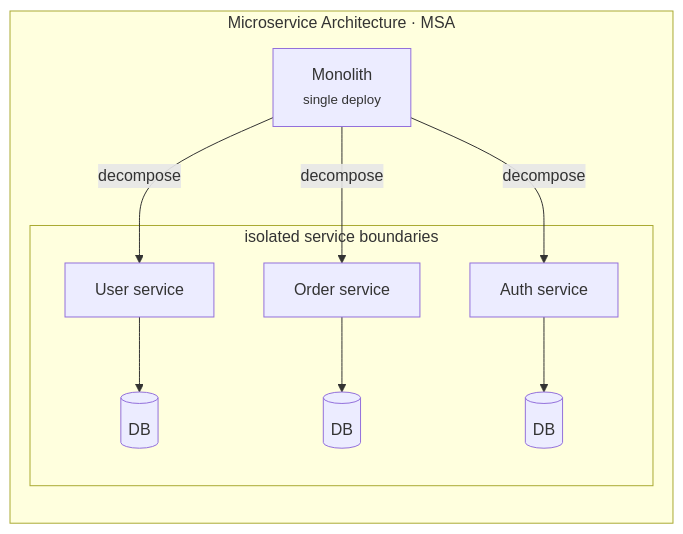
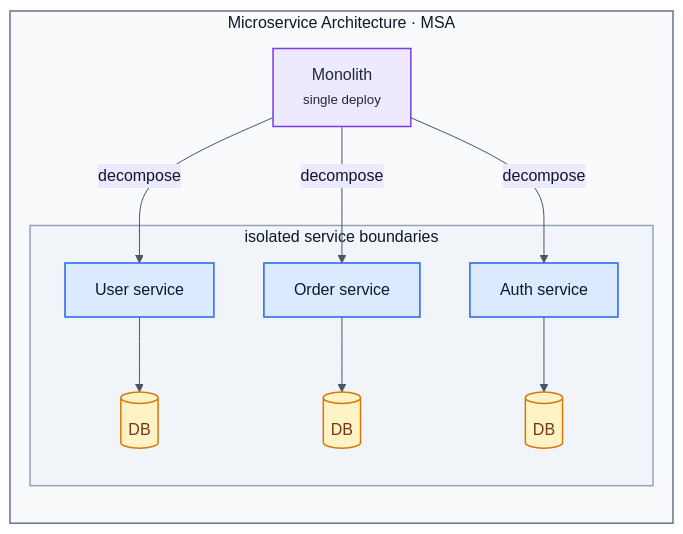
The first of 12 diagrams in README.md (matteblack9/coding-agent-fabric), drawn with Mermaid before and after one commit. The commit also changed other lines of this file, not shown here.

Commit message:
docs: colorize README mermaid diagrams

````diff
--- a/README.md
+++ b/README.md
@@ -42,16 +42,26 @@
 ```mermaid
+%%{init: {"theme":"base","themeVariables":{"primaryColor":"#E6F1FB","primaryTextColor":"#0F172A","primaryBorderColor":"#185FA5","secondaryColor":"#EDE9FE","secondaryTextColor":"#1F2937","secondaryBorderColor":"#7C3AED","tertiaryColor":"#ECFDF5","tertiaryTextColor":"#14532D","tertiaryBorderColor":"#16A34A","lineColor":"#475569","clusterBkg":"#F8FAFC","clusterBorder":"#94A3B8","noteBkgColor":"#FEF3C7","noteTextColor":"#78350F","noteBorderColor":"#D97706","activationBkgColor":"#DBEAFE","activationBorderColor":"#2563EB","sequenceNumberColor":"#0F172A"}}}%%
 graph LR
     subgraph MSA["Microservice Architecture · MSA"]
         MONO["Monolith<br/><small>single deploy</small>"]
 
         MONO -->|"decompose"| US
         MONO -->|"decompose"| OS
         MONO -->|"decompose"| AS
 
         subgraph SB["isolated service boundaries"]
             US["User service"] --> US_DB[("DB")]
             OS["Order service"] --> OS_DB[("DB")]
             AS["Auth service"] --> AS_DB[("DB")]
         end
     end
+
+    classDef mono fill:#EDE9FE,stroke:#7C3AED,color:#1F2937,stroke-width:1.5px
+    classDef service fill:#DBEAFE,stroke:#2563EB,color:#0F172A,stroke-width:1.5px
+    classDef store fill:#FEF3C7,stroke:#D97706,color:#78350F,stroke-width:1.5px
+    style MSA fill:#F8FAFC,stroke:#64748B,stroke-width:1.5px,color:#0F172A
+    style SB fill:#F1F5F9,stroke:#94A3B8,stroke-width:1.5px,color:#0F172A
+    class MONO mono
+    class US,OS,AS service
+    class US_DB,OS_DB,AS_DB store
 ```
````
